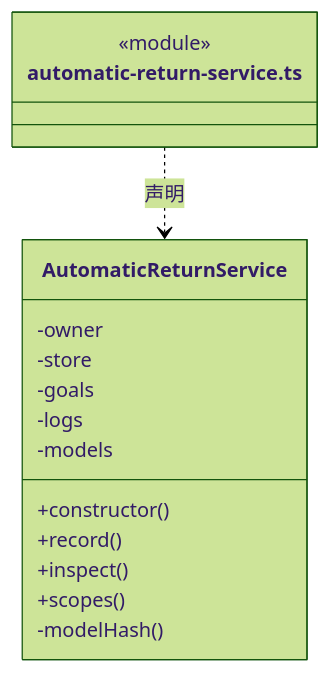
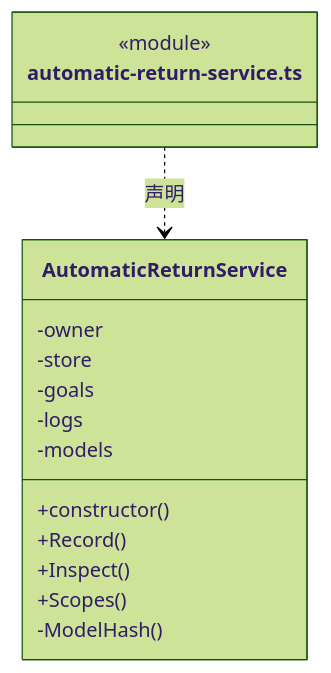
Before and after one commit to nan023062/cbim: the fifth of 15 diagrams in src/logic/dispatch/runtime/ARCHITECTURE.md, drawn with Mermaid (forest theme). The commit also changed other lines of this file and 1035 other files, not shown here.

````diff
--- a/src/logic/dispatch/runtime/ARCHITECTURE.md
+++ b/src/logic/dispatch/runtime/ARCHITECTURE.md
@@ -180,19 +180,19 @@
 ```mermaid
 classDiagram
 class N_src_logic_dispatch_runtime_automatic_return_service_ts["automatic-return-service.ts"] {
   <<module>>
 }
 class N_src_logic_dispatch_runtime_automatic_return_service_ts_AutomaticReturnService["AutomaticReturnService"] {
   +constructor()
-  +record()
-  +inspect()
-  +scopes()
+  +Record()
+  +Inspect()
+  +Scopes()
   -owner
   -store
   -goals
   -logs
   -models
-  -modelHash()
+  -ModelHash()
 }
 N_src_logic_dispatch_runtime_automatic_return_service_ts ..> N_src_logic_dispatch_runtime_automatic_return_service_ts_AutomaticReturnService : 声明
 ```
````
